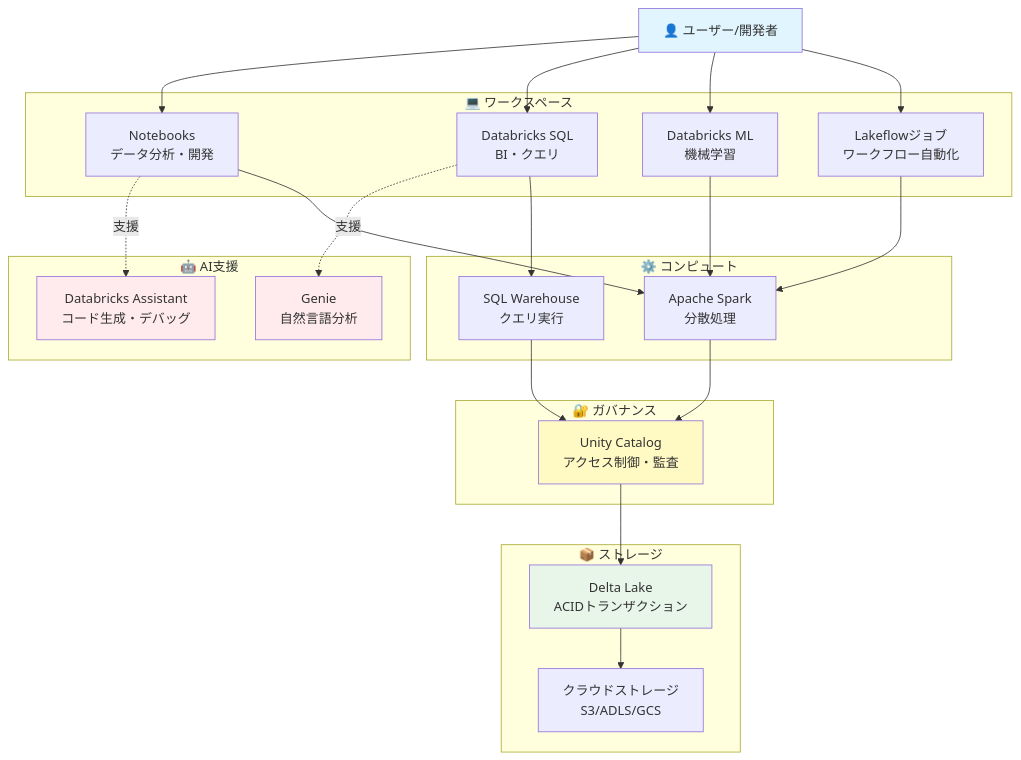
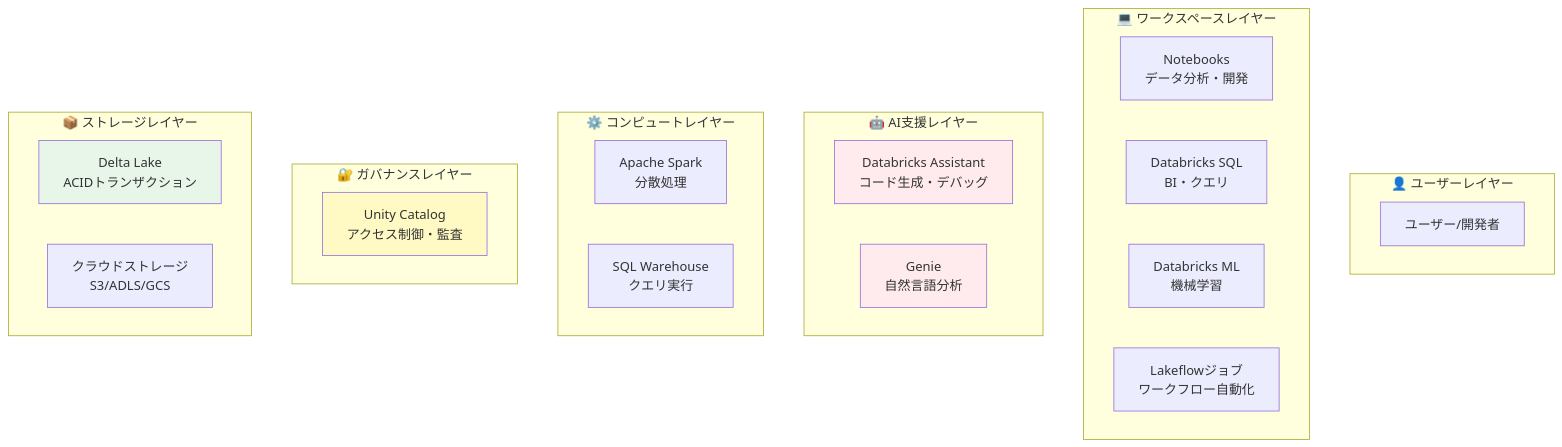
The second of 14 diagrams in public/databricks-beginner-learning-path.md (taka-yayoi/qiita-articles), drawn with Mermaid before and after one commit. The commit also changed other lines of this file, not shown here.

First line of the commit message:
学習ガイドを全面再構成：最新記事を厳選し、意味のある図のみに整理

````diff
--- a/public/databricks-beginner-learning-path.md
+++ b/public/databricks-beginner-learning-path.md
@@ -56,55 +57,37 @@
 ```mermaid
-graph TD
-    User[👤 ユーザー/開発者]
+graph TB
+    subgraph Layer1["👤 ユーザーレイヤー"]
+        User[ユーザー/開発者]
+    end
 
-    subgraph Workspace["💻 ワークスペース"]
+    subgraph Layer2["💻 ワークスペースレイヤー"]
         NB[Notebooks<br/>データ分析・開発]
         DBSQL[Databricks SQL<br/>BI・クエリ]
         ML[Databricks ML<br/>機械学習]
         LFJobs[Lakeflowジョブ<br/>ワークフロー自動化]
     end
 
-    subgraph AI["🤖 AI支援"]
+    subgraph Layer3["🤖 AI支援レイヤー"]
         Assistant[Databricks Assistant<br/>コード生成・デバッグ]
         Genie[Genie<br/>自然言語分析]
     end
 
-    subgraph Compute["⚙️ コンピュート"]
+    subgraph Layer4["⚙️ コンピュートレイヤー"]
         Spark[Apache Spark<br/>分散処理]
         SQLWh[SQL Warehouse<br/>クエリ実行]
     end
 
-    subgraph Governance["🔐 ガバナンス"]
+    subgraph Layer5["🔐 ガバナンスレイヤー"]
         UC[Unity Catalog<br/>アクセス制御・監査]
     end
 
-    subgraph Storage["📦 ストレージ"]
+    subgraph Layer6["📦 ストレージレイヤー"]
         Delta[Delta Lake<br/>ACIDトランザクション]
         S3[クラウドストレージ<br/>S3/ADLS/GCS]
     end
 
-    User --> NB
-    User --> DBSQL
-    User --> ML
-    User --> LFJobs
-
-    NB -.支援.-> Assistant
-    DBSQL -.支援.-> Genie
-
-    NB --> Spark
-    DBSQL --> SQLWh
-    ML --> Spark
-    LFJobs --> Spark
-
-    Spark --> UC
-    SQLWh --> UC
-
-    UC --> Delta
-    Delta --> S3
-
-    style User fill:#e1f5ff
     style Assistant fill:#ffebee
     style Genie fill:#ffebee
     style UC fill:#fff9c4
     style Delta fill:#e8f5e9
 ```
````
